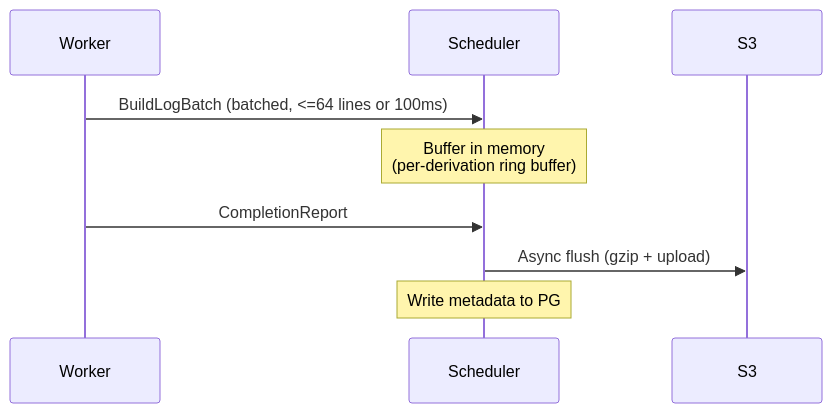
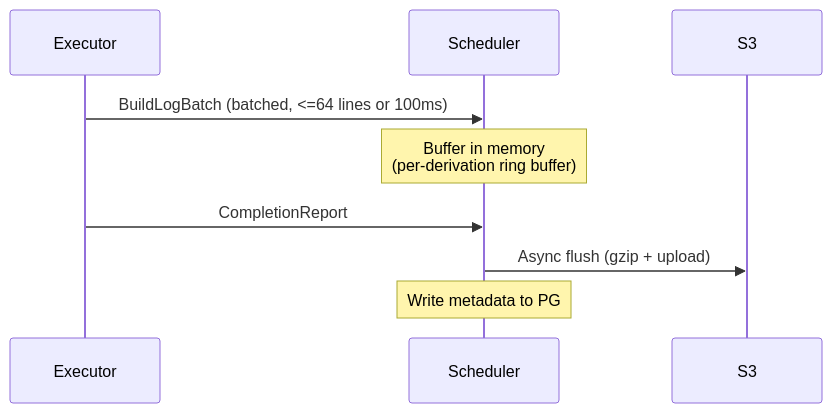
The diagram in docs/src/observability.md (Mic92/rio-build), drawn with Mermaid before and after one commit. The commit also changed other lines of this file and 25 other files, not shown here.

````diff
--- a/docs/src/observability.md
+++ b/docs/src/observability.md
@@ -27,12 +27,12 @@
 ```mermaid
 sequenceDiagram
-    participant Worker
+    participant Executor
     participant Scheduler
     participant S3
 
-    Worker->>Scheduler: BuildLogBatch (batched, <=64 lines or 100ms)
+    Executor->>Scheduler: BuildLogBatch (batched, <=64 lines or 100ms)
     Note over Scheduler: Buffer in memory<br/>(per-derivation ring buffer)
-    Worker->>Scheduler: CompletionReport
+    Executor->>Scheduler: CompletionReport
     Scheduler->>S3: Async flush (gzip + upload)
     Note over Scheduler: Write metadata to PG
 ```
````
